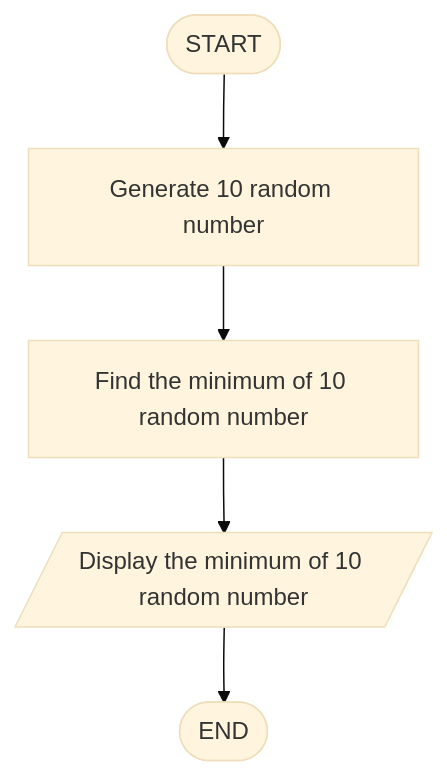
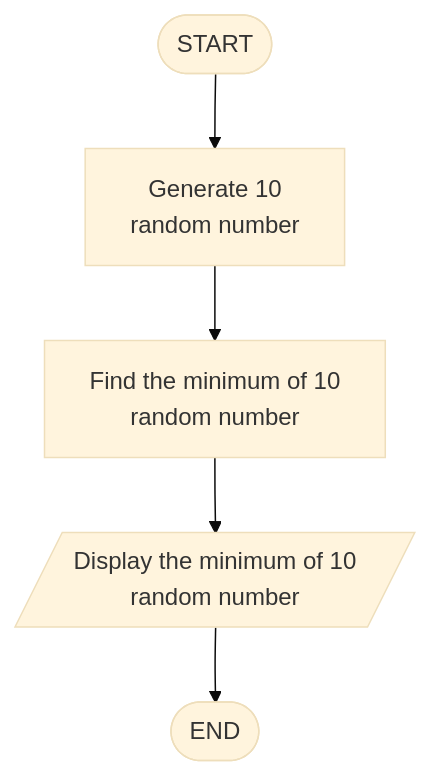
The sixth of 12 diagrams in README.md (Tay25006739/WIX1002_W02_Tutorial_1), drawn with Mermaid (base theme) before and after one commit. The commit also changed other lines of this file, not shown here.

Commit message:
Realign flow chart, making words visible

````diff
--- a/README.md
+++ b/README.md
@@ -161,8 +161,8 @@
 ```mermaid
 flowchart TD
-    A([START]) --> B[Generate 10 random number]
-    B --> C[Find the minimum of 10 random number]
-    C --> D[/Display the minimum of 10 random number/]
+    A([START]) --> B[Generate 10 <br> random number]
+    B --> C[Find the minimum of 10 <br> random number]
+    C --> D[/Display the minimum of 10 <br> random number/]
     D --> E([END])
     
 ```
````
